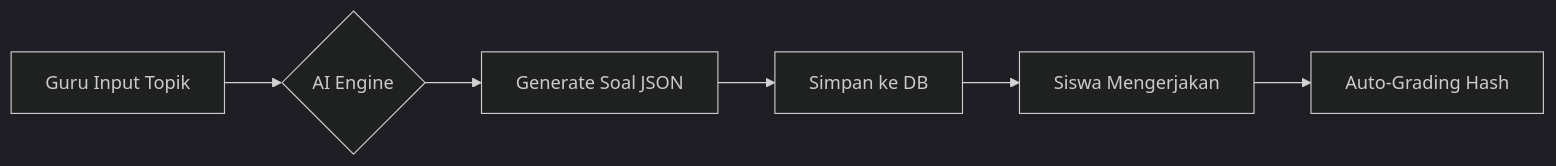
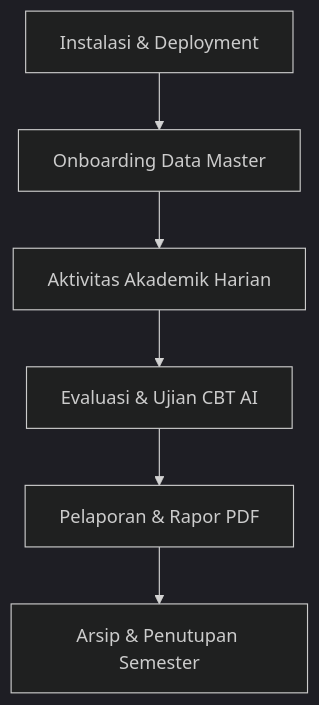
One commit to kazanaruishere-max/PSSM changed the diagram in README.md. Above: the diagram before and after it, drawn with Mermaid (dark theme). The commit also changed other lines of this file and 1 other file, not shown here.

````diff
--- a/README.md
+++ b/README.md
@@ -42,8 +35,8 @@
 ```mermaid
-graph LR
-    A[Guru Input Topik] --> B{AI Engine}
-    B --> C[Generate Soal JSON]
-    C --> D[Simpan ke DB]
-    D --> E[Siswa Mengerjakan]
-    E --> F[Auto-Grading Hash]
+graph TD
+    A[Instalasi & Deployment] --> B[Onboarding Data Master]
+    B --> C[Aktivitas Akademik Harian]
+    C --> D[Evaluasi & Ujian CBT AI]
+    D --> E[Pelaporan & Rapor PDF]
+    E --> F[Arsip & Penutupan Semester]
 ```
````
